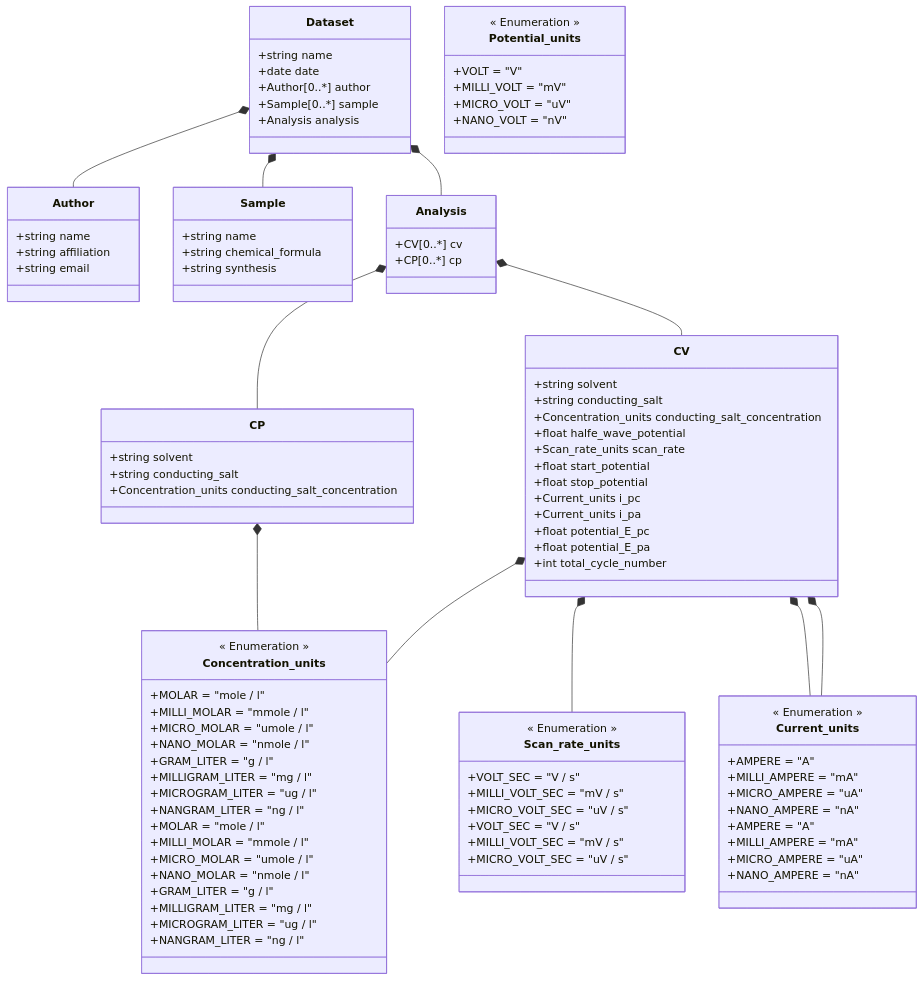
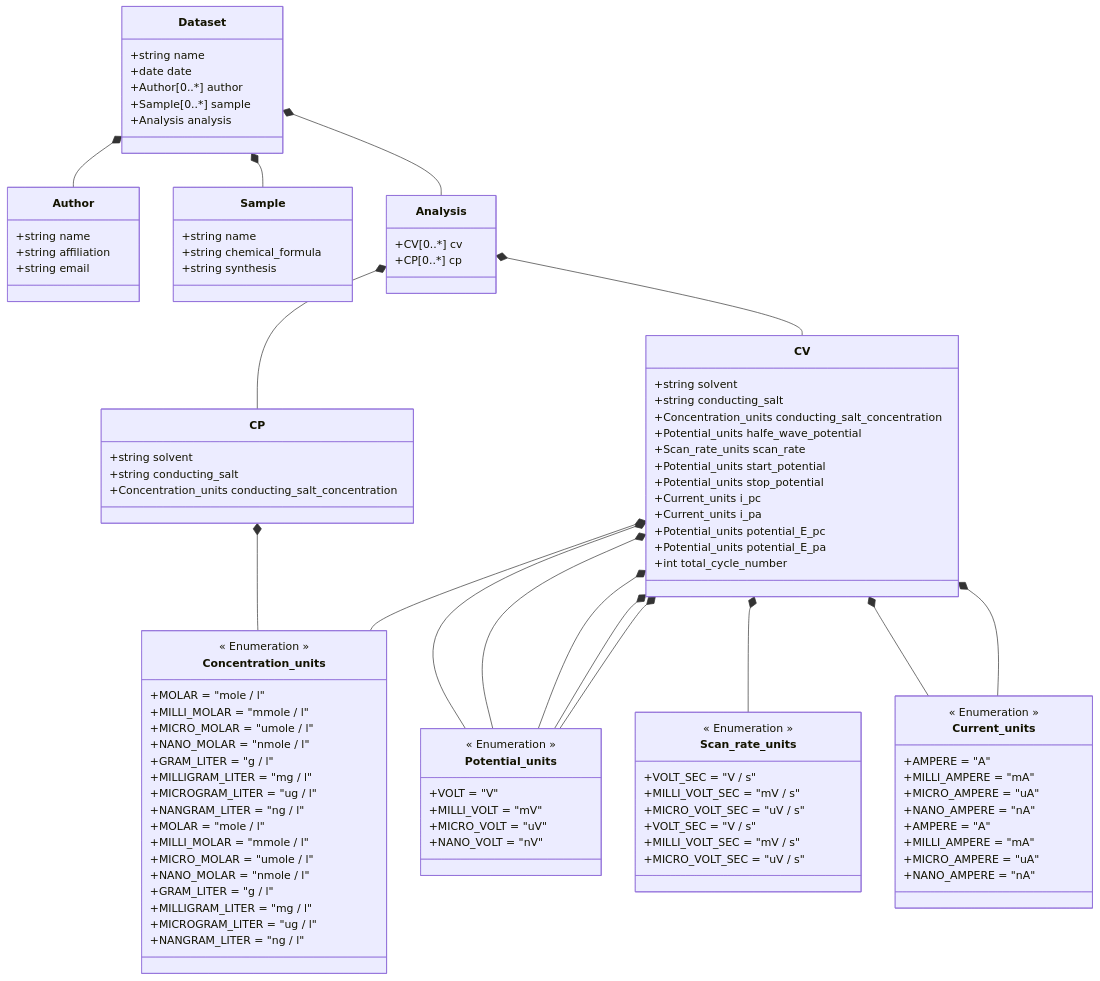
The diagram in ElectrochemistryDataModel/schemes/Datamodel for Electrochemistry.md (FAIRChemistry/datamodel-electrochemistry), drawn with Mermaid before and after one commit. The commit also changed 7 other files, not shown here.

```diff
--- a/ElectrochemistryDataModel/schemes/Datamodel for Electrochemistry.md
+++ b/ElectrochemistryDataModel/schemes/Datamodel for Electrochemistry.md
@@ -7,9 +7,14 @@
     Analysis *-- CP
     CP *-- Concentration_units
     CV *-- Concentration_units
+    CV *-- Potential_units
     CV *-- Scan_rate_units
+    CV *-- Potential_units
+    CV *-- Potential_units
     CV *-- Current_units
     CV *-- Current_units
+    CV *-- Potential_units
+    CV *-- Potential_units
     
     class Dataset {
         +string name
@@ -40,14 +45,14 @@
         +string solvent
         +string conducting_salt
         +Concentration_units conducting_salt_concentration
-        +float halfe_wave_potential
+        +Potential_units halfe_wave_potential
         +Scan_rate_units scan_rate
-        +float start_potential
-        +float stop_potential
+        +Potential_units start_potential
+        +Potential_units stop_potential
         +Current_units i_pc
         +Current_units i_pa
-        +float potential_E_pc
-        +float potential_E_pa
+        +Potential_units potential_E_pc
+        +Potential_units potential_E_pa
         +int total_cycle_number
     }
     
```
